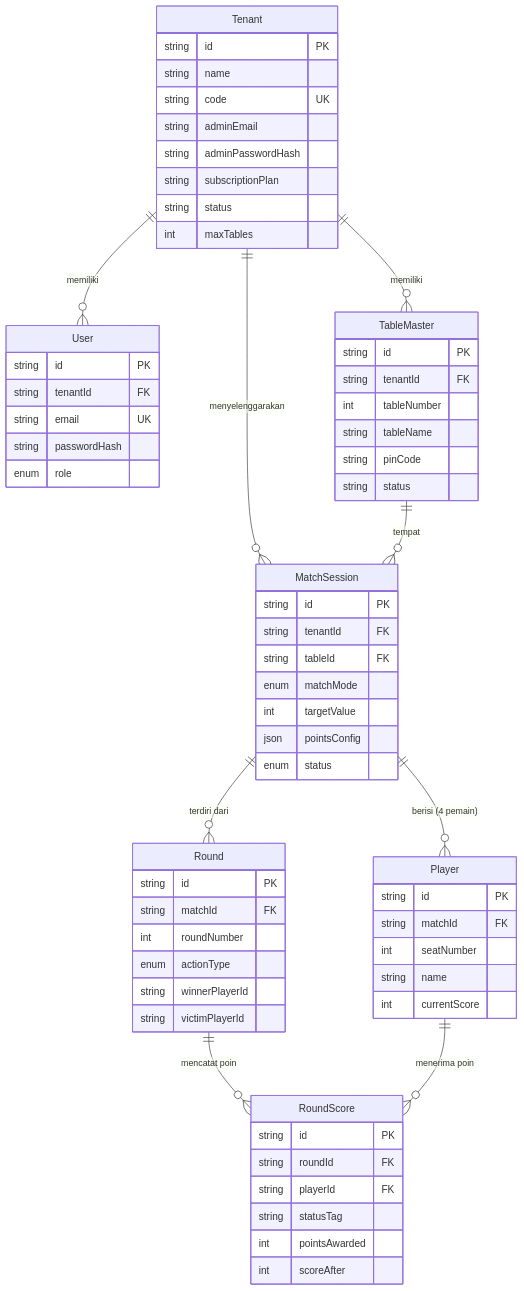
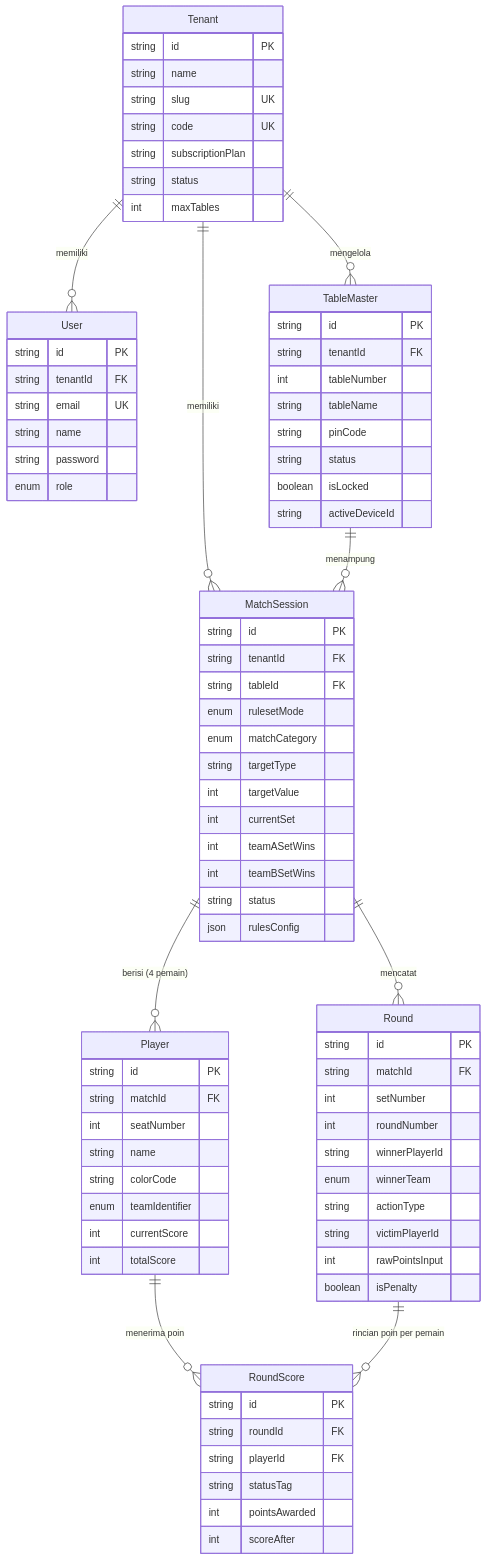
One commit to azwaranas23/siredom changed the second of 3 diagrams in docs/ARCHITECTURE.md. Above: the diagram before and after it, drawn with Mermaid. The commit also changed other lines of this file and 30 other files, not shown here.

Commit message:
feat: complete SIREDOM architectural cleanup, 0ms optimistic UI, JSON document-relational model, and Wasit Live UI fixes

````diff
--- a/docs/ARCHITECTURE.md
+++ b/docs/ARCHITECTURE.md
@@ -22,20 +79,22 @@
 ```mermaid
 erDiagram
     Tenant ||--o{ User : "memiliki"
-    Tenant ||--o{ TableMaster : "memiliki"
-    Tenant ||--o{ MatchSession : "menyelenggarakan"
-    TableMaster ||--o{ MatchSession : "tempat"
+    Tenant ||--o{ TableMaster : "mengelola"
+    Tenant ||--o{ MatchSession : "memiliki"
+
+    TableMaster ||--o{ MatchSession : "menampung"
+
     MatchSession ||--o{ Player : "berisi (4 pemain)"
-    MatchSession ||--o{ Round : "terdiri dari"
-    Round ||--o{ RoundScore : "mencatat poin"
+    MatchSession ||--o{ Round : "mencatat"
+
     Player ||--o{ RoundScore : "menerima poin"
+    Round ||--o{ RoundScore : "rincian poin per pemain"
 
     Tenant {
         string id PK
         string name
+        string slug UK
         string code UK
-        string adminEmail
-        string adminPasswordHash
         string subscriptionPlan
         string status
         int maxTables
@@ -45,7 +104,8 @@
         string id PK
         string tenantId FK
         string email UK
-        string passwordHash
+        string name
+        string password
         enum role
     }
 
@@ -56,16 +116,23 @@
         string tableName
         string pinCode
         string status
+        boolean isLocked
+        string activeDeviceId
     }
 
     MatchSession {
         string id PK
         string tenantId FK
         string tableId FK
-        enum matchMode
+        enum rulesetMode
+        enum matchCategory
+        string targetType
         int targetValue
-        json pointsConfig
-        enum status
+        int currentSet
+        int teamASetWins
+        int teamBSetWins
+        string status
+        json rulesConfig
     }
 
     Player {
@@ -73,16 +140,23 @@
         string matchId FK
         int seatNumber
         string name
+        string colorCode
+        enum teamIdentifier
         int currentScore
+        int totalScore
     }
 
     Round {
         string id PK
         string matchId FK
+        int setNumber
         int roundNumber
-        enum actionType
         string winnerPlayerId
+        enum winnerTeam
+        string actionType
         string victimPlayerId
+        int rawPointsInput
+        boolean isPenalty
     }
 
     RoundScore {
````
